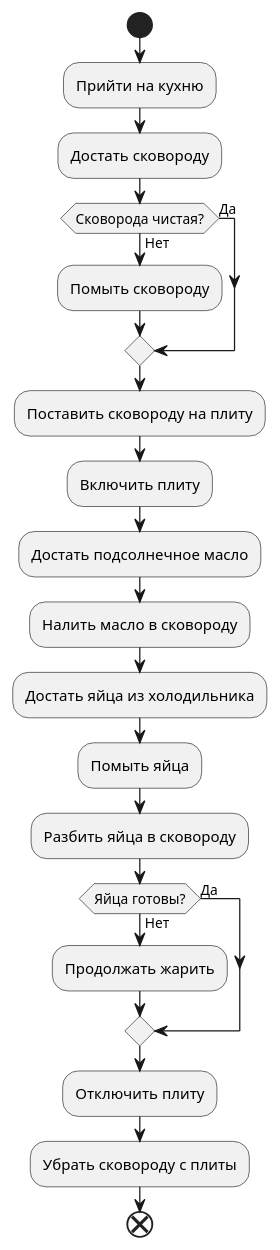
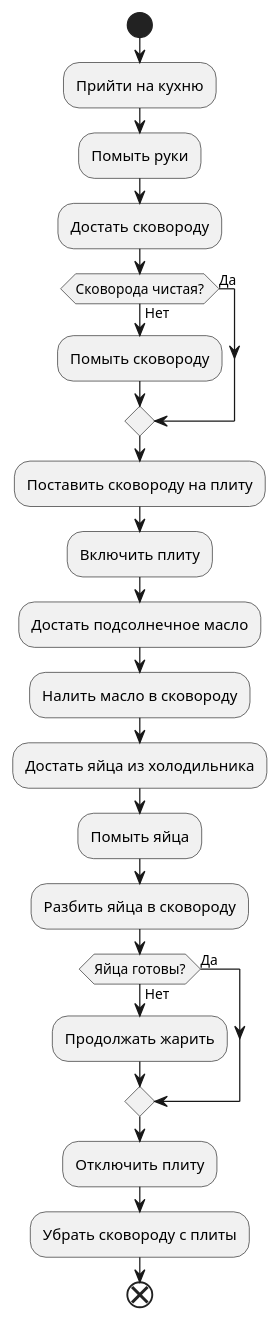
One commit to ioannsnakej/PythonCourse2021 changed the diagram in homework_10/eggs.puml. Above: the diagram before and after it, drawn with PlantUML. The commit also changed 13 other files, not shown here.

```diff
--- a/homework_10/eggs.puml
+++ b/homework_10/eggs.puml
@@ -1,23 +1,24 @@
 @startuml
 start
 :Прийти на кухню;
+:Помыть руки;
 :Достать сковороду;
 if (Сковорода чистая?) then (Нет)
     :Помыть сковороду;
 else (Да)
 endif
 :Поставить сковороду на плиту;
 :Включить плиту;
 :Достать подсолнечное масло;
 :Налить масло в сковороду;
 :Достать яйца из холодильника;
 :Помыть яйца;
 :Разбить яйца в сковороду;
 if (Яйца готовы?) then (Нет)
     :Продолжать жарить;
 else (Да)
 endif
 :Отключить плиту;
 :Убрать сковороду с плиты;
 end
 @enduml
```
